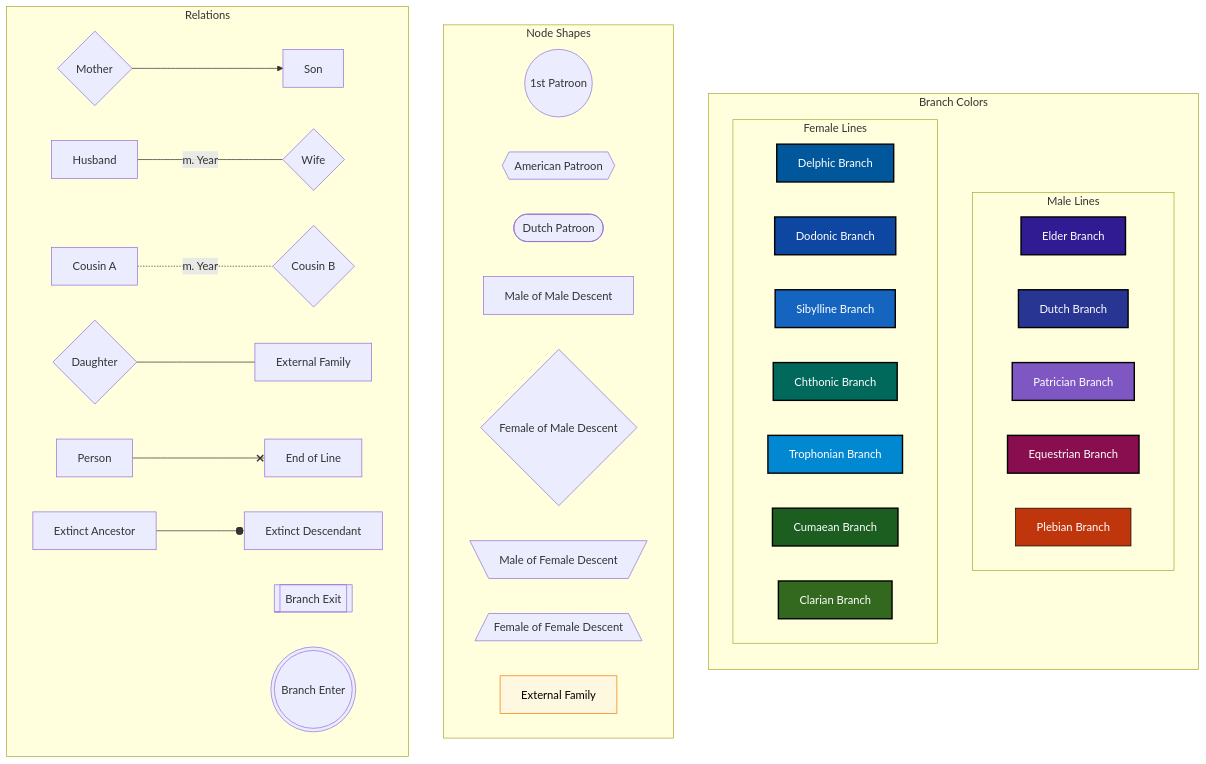
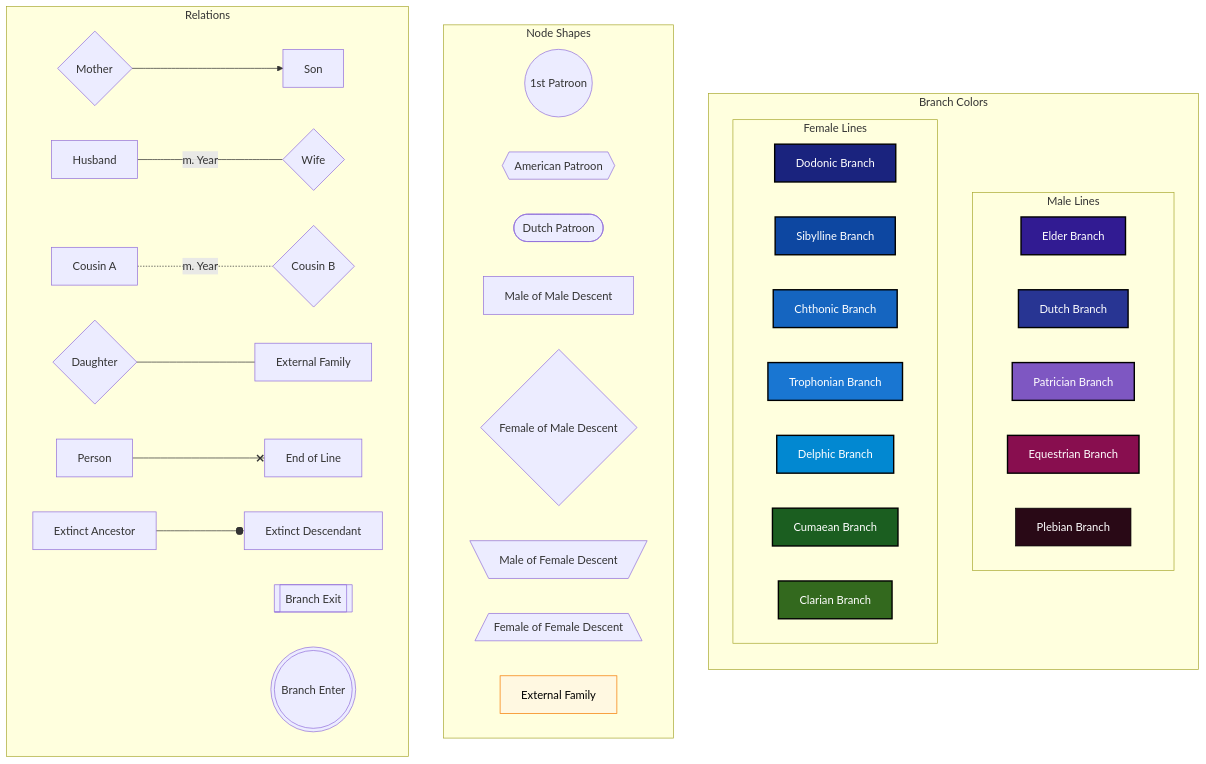
The second of 13 diagrams in source/07_fabula/01_magnum-opus/appendices/000.rst (chinchalinchin/elara), drawn with Mermaid before and after one commit. The commit also changed other lines of this file and 1 other file, not shown here.

```diff
--- a/source/07_fabula/01_magnum-opus/appendices/000.rst
+++ b/source/07_fabula/01_magnum-opus/appendices/000.rst
@@ -211,75 +213,78 @@
 .. mermaid::
 
     graph TD
         %% =========================================
         %% LEGEND STYLES
         %% =========================================
+        %% ======================== MALE BRANCHES
         classDef elderLegend fill:#311B92,stroke:#000,stroke-width:2px,color:#fff
         classDef dutchLegend fill:#283593,stroke:#000,stroke-width:2px,color:#fff
         classDef patricianLegend fill:#7E57C2,stroke:#000,stroke-width:2px,color:#fff
         classDef equestrianLegend fill:#880E4F,stroke:#000,stroke-width:2px,color:#fff
-        classDef plebianLegend fill:#BF360C,stroke:#000,stroke-width:1px,color:#fff
-        classDef delphicLegend fill:#01579B,stroke:#000,stroke-width:2px,color:#fff
-        classDef dodonicLegend fill:#0D47A1,stroke:#000,stroke-width:2px,color:#fff
-        classDef sibyllineLegend fill:#1565C0,stroke:#000,stroke-width:2px,color:#fff
-        classDef chthonicLegend fill:#00695C,stroke:#000,stroke-width:2px,color:#fff
-        classDef trophonianLegend fill:#0288D1,stroke:#000,stroke-width:2px,color:#fff
+        classDef plebianLegend fill:#290916,stroke:#000,stroke-width:1px,color:#fff
+        %% ======================== FEMALE BRANCHES
+        classDef dodonicLegend fill:#1A237E,stroke:#000,stroke-width:2px,color:#fff
+        classDef sibyllineLegend fill:#0D47A1,stroke:#000,stroke-width:2px,color:#fff
+        classDef chthonicLegend fill:#1565C0,stroke:#000,stroke-width:2px,color:#fff
+        classDef trophonianLegend fill:#1976D2,stroke:#000,stroke-width:2px,color:#fff
+        classDef delphicLegend fill:#0288D1,stroke:#000,stroke-width:2px,color:#fff
         classDef cumaeanLegend fill:#1B5E20,stroke:#000,stroke-width:2px,color:#fff
         classDef clarianLegend fill:#33691E,stroke:#000,stroke-width:2px,color:#fff
+
         classDef externalLegend fill:#FFF8E1,stroke:#F57C00,stroke-width:1px,color:#000
 
         %% =========================================
         %% COLOR CODING
         %% =========================================
         subgraph Colors [Branch Colors]
             direction TB
             subgraph MaleLines [Male Lines]
                 direction LR
                 X1[Elder Branch]:::elderLegend
                 X2[Dutch Branch]:::dutchLegend
                 X3[Patrician Branch]:::patricianLegend
                 X4[Equestrian Branch]:::equestrianLegend
                 X5[Plebian Branch]:::plebianLegend
             end
             
             subgraph FemaleLines [Female Lines]
                 direction LR
-                X6[Delphic Branch]:::delphicLegend
-                X7[Dodonic Branch]:::dodonicLegend
-                X8[Sibylline Branch]:::sibyllineLegend
-                X9[Chthonic Branch]:::chthonicLegend
-                X10[Trophonian Branch]:::trophonianLegend
+                X6[Dodonic Branch]:::dodonicLegend
+                X7[Sibylline Branch]:::sibyllineLegend
+                X8[Chthonic Branch]:::chthonicLegend
+                X9[Trophonian Branch]:::trophonianLegend
+                X10[Delphic Branch]:::delphicLegend
                 X11[Cumaean Branch]:::cumaeanLegend
                 X12[Clarian Branch]:::clarianLegend
             end
         end
 
         %% =========================================
         %% NODES
         %% =========================================
         subgraph Nodes [Node Shapes]
             direction LR
             S1((1st Patroon))
             S2{{American Patroon}}
             S3([Dutch Patroon])
             S4[Male of Male Descent]
             S5{Female of Male Descent}
             S6[\Male of Female Descent/]
             S7[/Female of Female Descent\]
             S8[External Family]:::externalLegend
         end
 
         %% =========================================
         %% RELATION CONNECTIONS
         %% =========================================
         subgraph Connections [Relations]
             direction LR
             A1{Mother} --> A2[Son] 
             B1[Husband] ---|m. Year| B2{Wife}
             C1[Cousin A] -.-|m. Year| C2{Cousin B}
             D1{Daughter} --- D2[External Family]
             E1[Person] --x E2[End of Line]
             F1[Extinct Ancestor] --o F2[Extinct Descendant]
             G1[[Branch Exit]]
             H1(((Branch Enter)))
         end
```
